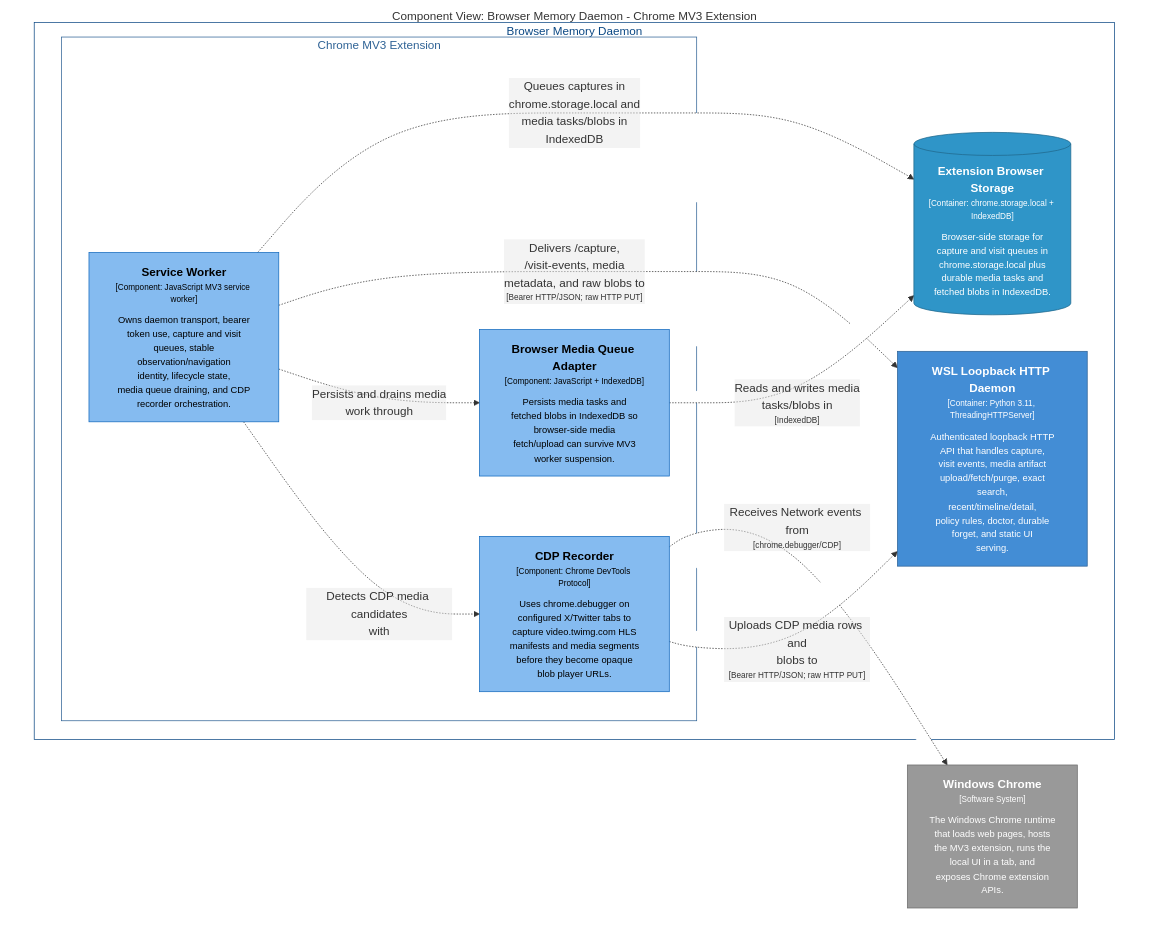
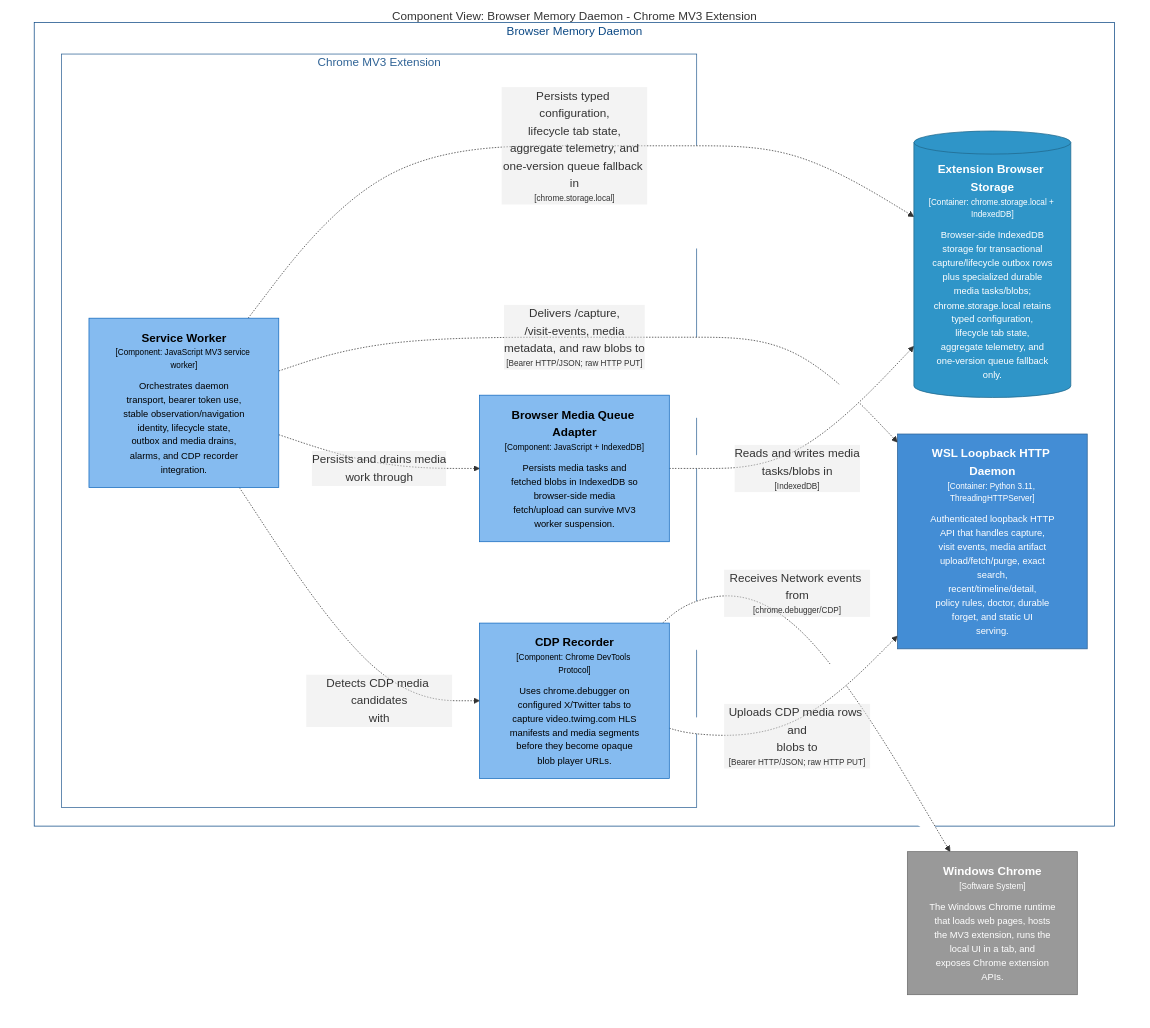
Before and after one commit to michaelnicks0/browser-memory-daemon: the diagram in docs/architecture/diagrams/markdown/ExtensionMediaComponents.md, drawn with Mermaid. The commit also changed 194 other files, not shown here.

Commit message:
feat(extension): add transactional capture and lifecycle outbox

````diff
--- a/docs/architecture/diagrams/markdown/ExtensionMediaComponents.md
+++ b/docs/architecture/diagrams/markdown/ExtensionMediaComponents.md
@@ -16,40 +16,40 @@
 ```mermaid
 graph TB
   linkStyle default fill:#ffffff
 
   subgraph diagram ["Component View: Browser Memory Daemon - Chrome MV3 Extension"]
     style diagram fill:#ffffff,stroke:#ffffff
 
     2["<div style='font-weight: bold'>Windows Chrome</div><div style='font-size: 70%; margin-top: 0px'>[Software System]</div><div style='font-size: 80%; margin-top:10px'>The Windows Chrome runtime<br />that loads web pages, hosts<br />the MV3 extension, runs the<br />local UI in a tab, and<br />exposes Chrome extension<br />APIs.</div>"]
     style 2 fill:#999999,stroke:#6b6b6b,color:#ffffff
 
     subgraph 4 ["Browser Memory Daemon"]
       style 4 fill:#ffffff,stroke:#0b4884,color:#0b4884
 
       subgraph 5 ["Chrome MV3 Extension"]
         style 5 fill:#ffffff,stroke:#2e6295,color:#2e6295
 
-        10["<div style='font-weight: bold'>Browser Media Queue Adapter</div><div style='font-size: 70%; margin-top: 0px'>[Component: JavaScript + IndexedDB]</div><div style='font-size: 80%; margin-top:10px'>Persists media tasks and<br />fetched blobs in IndexedDB so<br />browser-side media<br />fetch/upload can survive MV3<br />worker suspension.</div>"]
-        style 10 fill:#85bbf0,stroke:#1168bd,color:#000000
-        11["<div style='font-weight: bold'>CDP Recorder</div><div style='font-size: 70%; margin-top: 0px'>[Component: Chrome DevTools Protocol]</div><div style='font-size: 80%; margin-top:10px'>Uses chrome.debugger on<br />configured X/Twitter tabs to<br />capture video.twimg.com HLS<br />manifests and media segments<br />before they become opaque<br />blob player URLs.</div>"]
+        11["<div style='font-weight: bold'>Browser Media Queue Adapter</div><div style='font-size: 70%; margin-top: 0px'>[Component: JavaScript + IndexedDB]</div><div style='font-size: 80%; margin-top:10px'>Persists media tasks and<br />fetched blobs in IndexedDB so<br />browser-side media<br />fetch/upload can survive MV3<br />worker suspension.</div>"]
         style 11 fill:#85bbf0,stroke:#1168bd,color:#000000
-        9["<div style='font-weight: bold'>Service Worker</div><div style='font-size: 70%; margin-top: 0px'>[Component: JavaScript MV3 service worker]</div><div style='font-size: 80%; margin-top:10px'>Owns daemon transport, bearer<br />token use, capture and visit<br />queues, stable<br />observation/navigation<br />identity, lifecycle state,<br />media queue draining, and CDP<br />recorder orchestration.</div>"]
+        12["<div style='font-weight: bold'>CDP Recorder</div><div style='font-size: 70%; margin-top: 0px'>[Component: Chrome DevTools Protocol]</div><div style='font-size: 80%; margin-top:10px'>Uses chrome.debugger on<br />configured X/Twitter tabs to<br />capture video.twimg.com HLS<br />manifests and media segments<br />before they become opaque<br />blob player URLs.</div>"]
+        style 12 fill:#85bbf0,stroke:#1168bd,color:#000000
+        9["<div style='font-weight: bold'>Service Worker</div><div style='font-size: 70%; margin-top: 0px'>[Component: JavaScript MV3 service worker]</div><div style='font-size: 80%; margin-top:10px'>Orchestrates daemon<br />transport, bearer token use,<br />stable observation/navigation<br />identity, lifecycle state,<br />outbox and media drains,<br />alarms, and CDP recorder<br />integration.</div>"]
         style 9 fill:#85bbf0,stroke:#1168bd,color:#000000
       end
 
-      13[("<div style='font-weight: bold'>Extension Browser Storage</div><div style='font-size: 70%; margin-top: 0px'>[Container: chrome.storage.local + IndexedDB]</div><div style='font-size: 80%; margin-top:10px'>Browser-side storage for<br />capture and visit queues in<br />chrome.storage.local plus<br />durable media tasks and<br />fetched blobs in IndexedDB.</div>")]
-      style 13 fill:#2f95c8,stroke:#20688c,color:#ffffff
-      14["<div style='font-weight: bold'>WSL Loopback HTTP Daemon</div><div style='font-size: 70%; margin-top: 0px'>[Container: Python 3.11, ThreadingHTTPServer]</div><div style='font-size: 80%; margin-top:10px'>Authenticated loopback HTTP<br />API that handles capture,<br />visit events, media artifact<br />upload/fetch/purge, exact<br />search,<br />recent/timeline/detail,<br />policy rules, doctor, durable<br />forget, and static UI<br />serving.</div>"]
-      style 14 fill:#438dd5,stroke:#2e6295,color:#ffffff
+      14[("<div style='font-weight: bold'>Extension Browser Storage</div><div style='font-size: 70%; margin-top: 0px'>[Container: chrome.storage.local + IndexedDB]</div><div style='font-size: 80%; margin-top:10px'>Browser-side IndexedDB<br />storage for transactional<br />capture/lifecycle outbox rows<br />plus specialized durable<br />media tasks/blobs;<br />chrome.storage.local retains<br />typed configuration,<br />lifecycle tab state,<br />aggregate telemetry, and<br />one-version queue fallback<br />only.</div>")]
+      style 14 fill:#2f95c8,stroke:#20688c,color:#ffffff
+      15["<div style='font-weight: bold'>WSL Loopback HTTP Daemon</div><div style='font-size: 70%; margin-top: 0px'>[Container: Python 3.11, ThreadingHTTPServer]</div><div style='font-size: 80%; margin-top:10px'>Authenticated loopback HTTP<br />API that handles capture,<br />visit events, media artifact<br />upload/fetch/purge, exact<br />search,<br />recent/timeline/detail,<br />policy rules, doctor, durable<br />forget, and static UI<br />serving.</div>"]
+      style 15 fill:#438dd5,stroke:#2e6295,color:#ffffff
     end
 
-    9-. "<div>Queues captures in<br />chrome.storage.local and<br />media tasks/blobs in<br />IndexedDB</div><div style='font-size: 70%'></div>" .->13
-    9-. "<div>Delivers /capture,<br />/visit-events, media<br />metadata, and raw blobs to</div><div style='font-size: 70%'>[Bearer HTTP/JSON; raw HTTP PUT]</div>" .->14
-    9-. "<div>Persists and drains media<br />work through</div><div style='font-size: 70%'></div>" .->10
-    10-. "<div>Reads and writes media<br />tasks/blobs in</div><div style='font-size: 70%'>[IndexedDB]</div>" .->13
-    9-. "<div>Detects CDP media candidates<br />with</div><div style='font-size: 70%'></div>" .->11
-    11-. "<div>Receives Network events from</div><div style='font-size: 70%'>[chrome.debugger/CDP]</div>" .->2
-    11-. "<div>Uploads CDP media rows and<br />blobs to</div><div style='font-size: 70%'>[Bearer HTTP/JSON; raw HTTP PUT]</div>" .->14
+    9-. "<div>Persists typed configuration,<br />lifecycle tab state,<br />aggregate telemetry, and<br />one-version queue fallback in</div><div style='font-size: 70%'>[chrome.storage.local]</div>" .->14
+    9-. "<div>Delivers /capture,<br />/visit-events, media<br />metadata, and raw blobs to</div><div style='font-size: 70%'>[Bearer HTTP/JSON; raw HTTP PUT]</div>" .->15
+    9-. "<div>Persists and drains media<br />work through</div><div style='font-size: 70%'></div>" .->11
+    11-. "<div>Reads and writes media<br />tasks/blobs in</div><div style='font-size: 70%'>[IndexedDB]</div>" .->14
+    9-. "<div>Detects CDP media candidates<br />with</div><div style='font-size: 70%'></div>" .->12
+    12-. "<div>Receives Network events from</div><div style='font-size: 70%'>[chrome.debugger/CDP]</div>" .->2
+    12-. "<div>Uploads CDP media rows and<br />blobs to</div><div style='font-size: 70%'>[Bearer HTTP/JSON; raw HTTP PUT]</div>" .->15
 
   end
 ```
````
